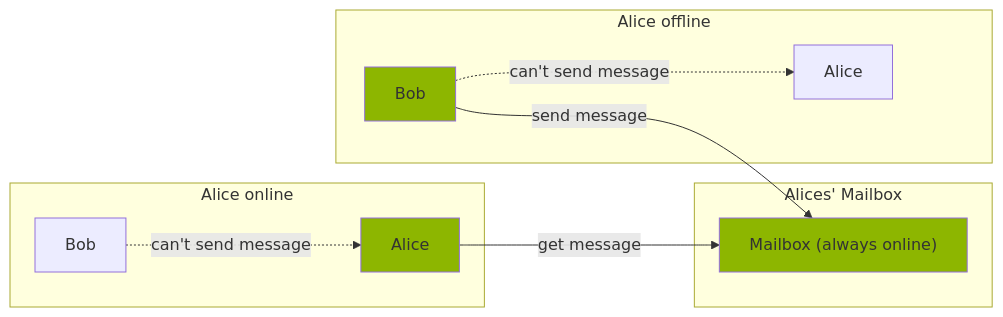
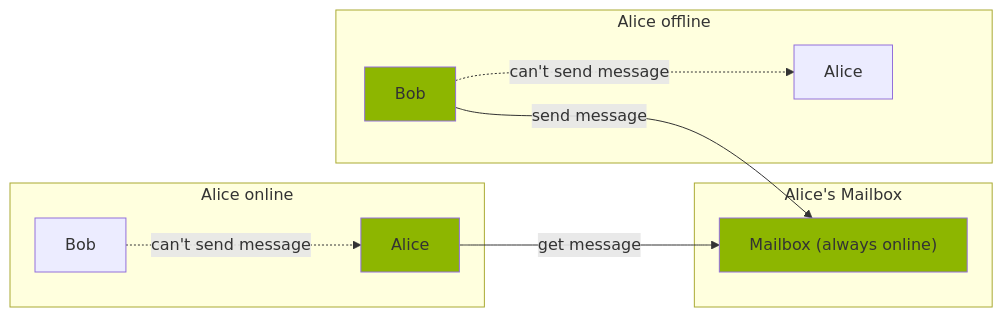
One commit to briar/briar-mailbox changed the second of 2 diagrams in README.md. Above: the diagram before and after it, drawn with Mermaid. The commit also changed 3 other files, not shown here.

````diff
--- a/README.md
+++ b/README.md
@@ -37,21 +37,21 @@
 ```mermaid
 graph LR
   A[Alice]
   A1[Alice]
   B[Bob]
   B1[Bob]
   RA["Mailbox (always online)"]
   style B fill:#8db600
   style RA fill:#8db600
   style A1 fill:#8db600
   subgraph Alice offline
   B-. can't send message .-> A
   end
-  subgraph Alices' Mailbox
+  subgraph Alice's Mailbox
   B-- send message --> RA
   end
   subgraph Alice online
   B1-. can't send message .-> A1
   A1-- get message --> RA
   end
 ```
````
